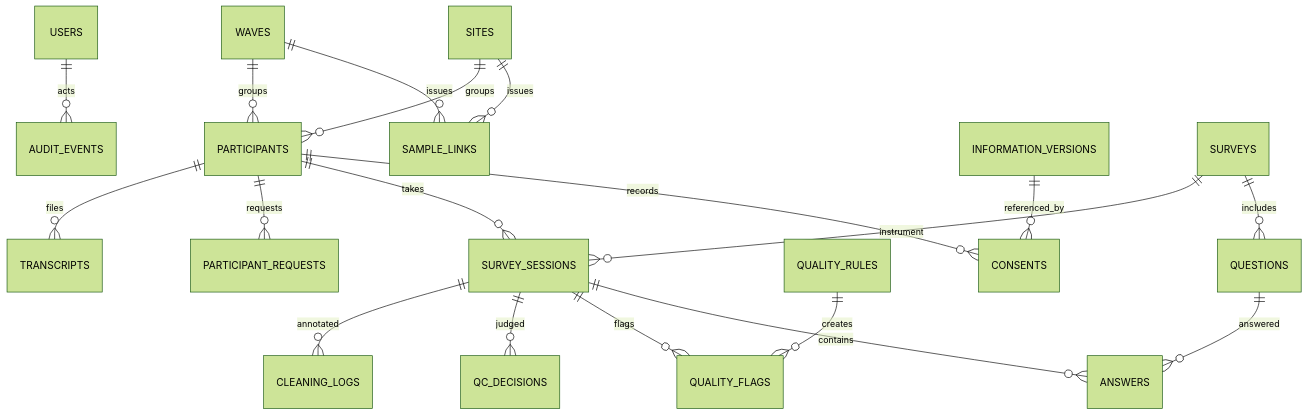
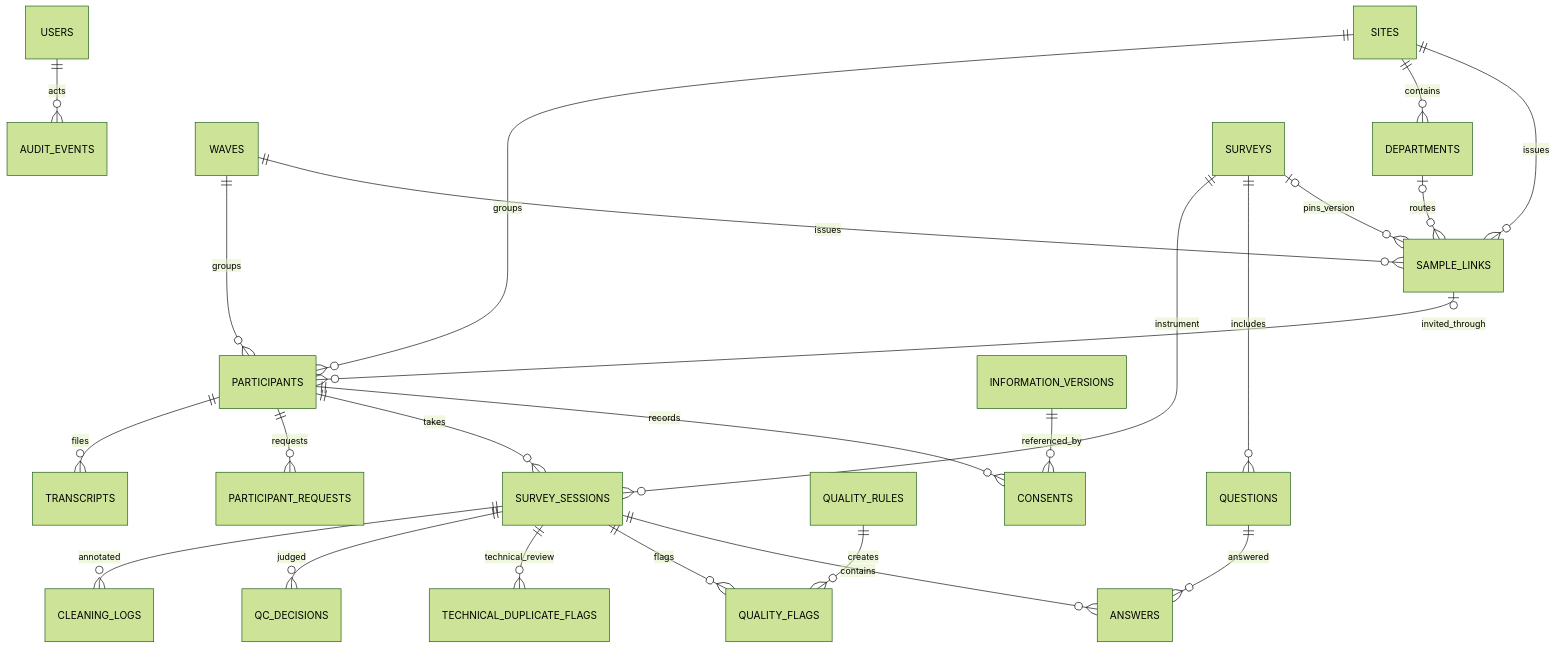
The diagram in docs/ERD.md (Thientruong926/ResearchFlow-Laravel12-UAT), drawn with Mermaid (forest theme) before and after one commit. The commit also changed other lines of this file and 109 other files, not shown here.

````diff
--- a/docs/ERD.md
+++ b/docs/ERD.md
@@ -3,21 +3,26 @@
 ```mermaid
 erDiagram
     USERS ||--o{ AUDIT_EVENTS : acts
     SITES ||--o{ SAMPLE_LINKS : issues
     WAVES ||--o{ SAMPLE_LINKS : issues
+    SITES ||--o{ DEPARTMENTS : contains
+    DEPARTMENTS o|--o{ SAMPLE_LINKS : routes
+    SURVEYS o|--o{ SAMPLE_LINKS : pins_version
+    SAMPLE_LINKS o|--o{ PARTICIPANTS : invited_through
     SITES ||--o{ PARTICIPANTS : groups
     WAVES ||--o{ PARTICIPANTS : groups
     INFORMATION_VERSIONS ||--o{ CONSENTS : referenced_by
     PARTICIPANTS ||--o{ CONSENTS : records
     PARTICIPANTS ||--o{ SURVEY_SESSIONS : takes
     SURVEYS ||--o{ QUESTIONS : includes
     SURVEYS ||--o{ SURVEY_SESSIONS : instrument
     SURVEY_SESSIONS ||--o{ ANSWERS : contains
     QUESTIONS ||--o{ ANSWERS : answered
     SURVEY_SESSIONS ||--o{ QUALITY_FLAGS : flags
+    SURVEY_SESSIONS ||--o{ TECHNICAL_DUPLICATE_FLAGS : technical_review
     QUALITY_RULES ||--o{ QUALITY_FLAGS : creates
     SURVEY_SESSIONS ||--o{ QC_DECISIONS : judged
     PARTICIPANTS ||--o{ PARTICIPANT_REQUESTS : requests
     PARTICIPANTS ||--o{ TRANSCRIPTS : files
     SURVEY_SESSIONS ||--o{ CLEANING_LOGS : annotated
 ```
````
